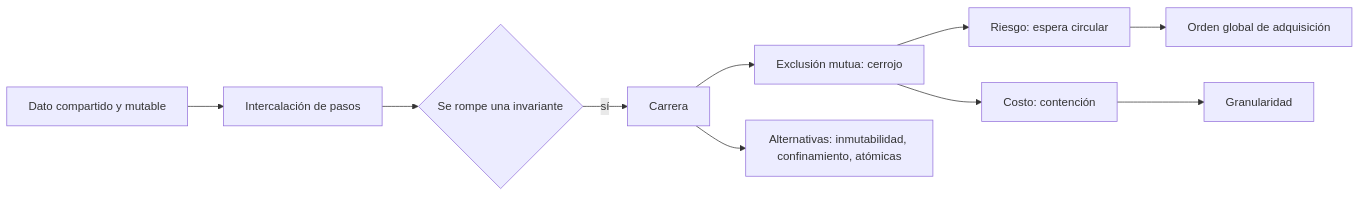
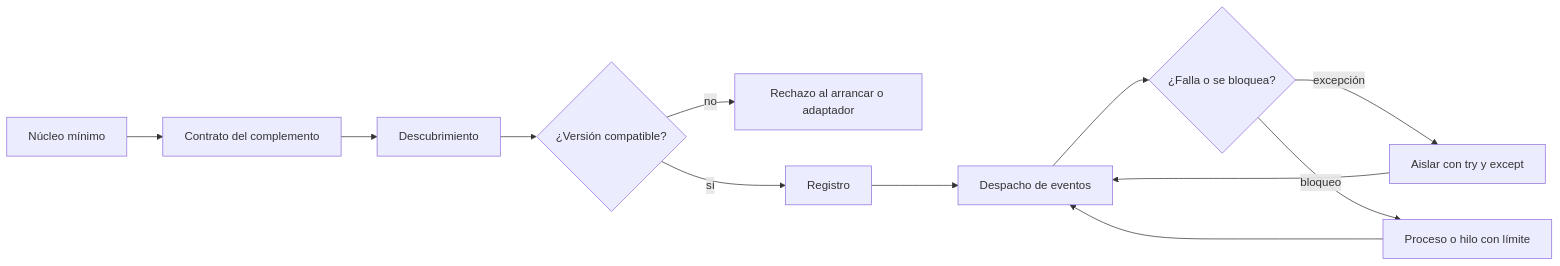
The diagram in content/part-28/SE-338.md (vladimiracunadev-create/modern-software-engineering-program), drawn with Mermaid before and after one commit. The commit also changed other lines of this file and 5193 other files, not shown here.

````diff
--- a/content/part-28/SE-338.md
+++ b/content/part-28/SE-338.md
@@ -54,12 +58,14 @@
 ```mermaid
 flowchart LR
-    A[Dato compartido y mutable] --> B[Intercalación de pasos]
-    B --> C{Se rompe una invariante}
-    C -->|sí| D[Carrera]
-    D --> E[Exclusión mutua: cerrojo]
-    E --> F[Riesgo: espera circular]
-    E --> G[Costo: contención]
-    D --> H[Alternativas: inmutabilidad, confinamiento, atómicas]
-    F --> I[Orden global de adquisición]
-    G --> J[Granularidad]
+    A[Núcleo mínimo] --> B[Contrato del complemento]
+    B --> C[Descubrimiento]
+    C --> D{¿Versión compatible?}
+    D -->|no| E[Rechazo al arrancar o adaptador]
+    D -->|sí| F[Registro]
+    F --> G[Despacho de eventos]
+    G --> H{¿Falla o se bloquea?}
+    H -->|excepción| I[Aislar con try y except]
+    H -->|bloqueo| J[Proceso o hilo con límite]
+    I --> G
+    J --> G
 ```
````
